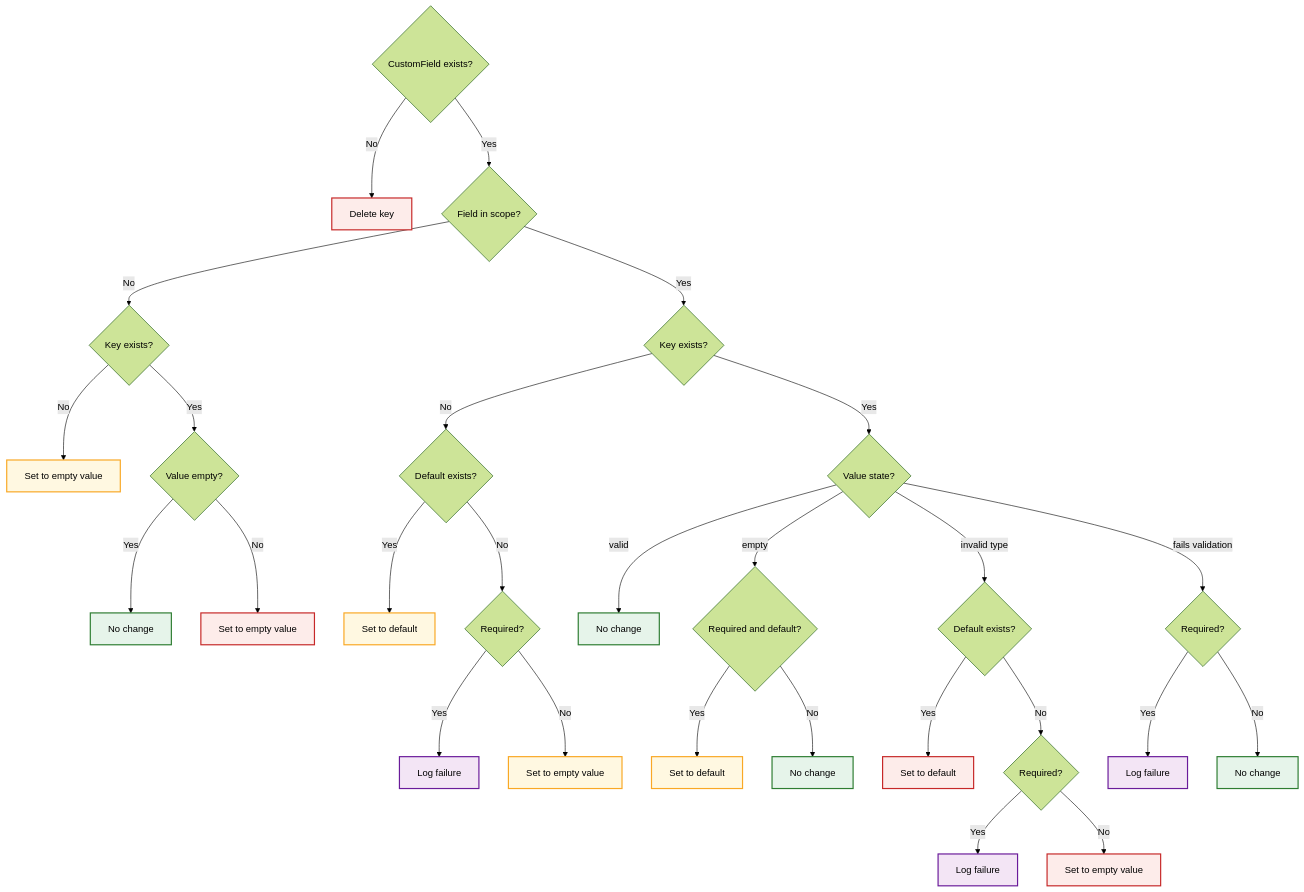
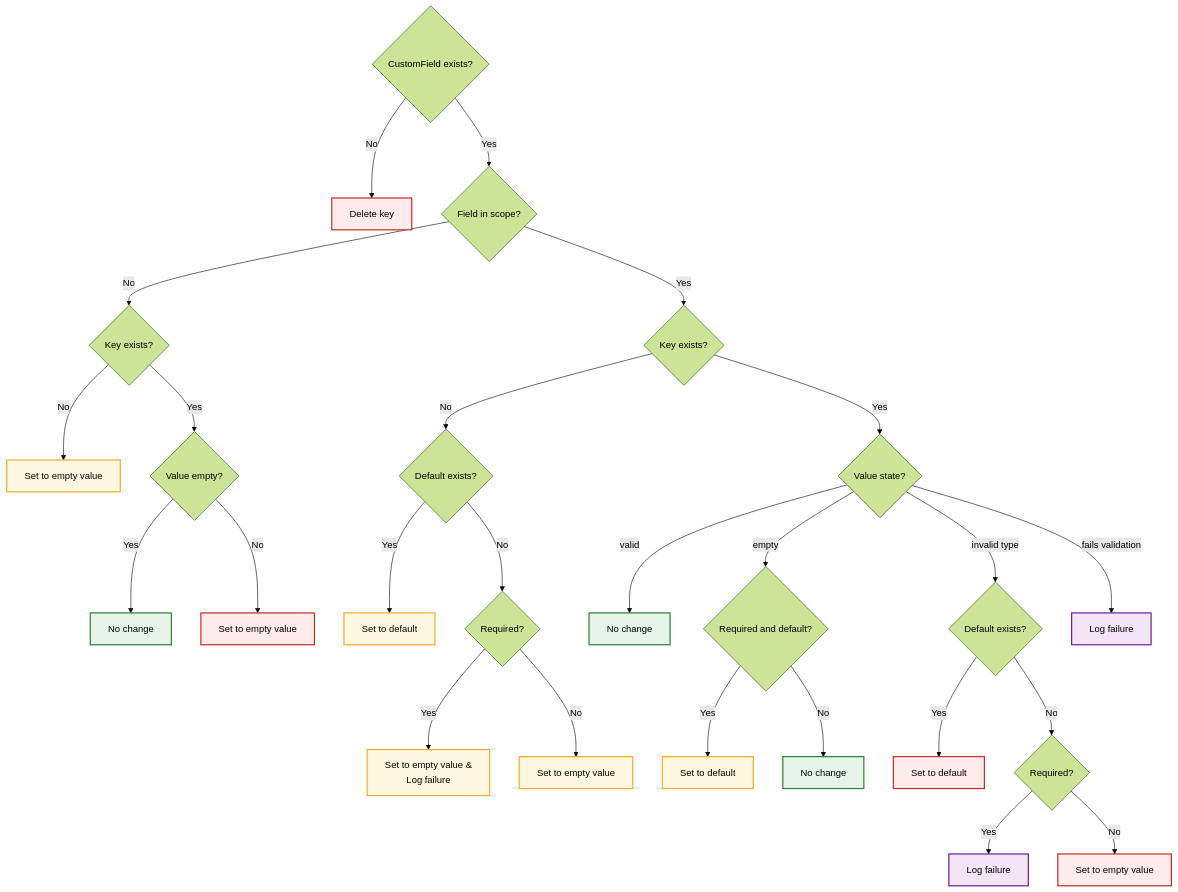
Before and after one commit to nautobot/nautobot: the first of 2 diagrams in nautobot/docs/user-guide/feature-guides/custom-fields-policy.md, drawn with Mermaid (forest theme). The commit also changed other lines of this file and 2 other files, not shown here.

Commit message:
update docs and minor cleanup

````diff
--- a/nautobot/docs/user-guide/feature-guides/custom-fields-policy.md
+++ b/nautobot/docs/user-guide/feature-guides/custom-fields-policy.md
@@ -26,61 +26,59 @@
 ```mermaid
 flowchart TD
     %% =====================
     %% MAIN FLOW
     %% =====================
 
-    B{CustomField exists?}
-    B -- No --> B1[Delete key]
-    B -- Yes --> C{Field in scope?}
+    cf_exists{CustomField exists?}
+    cf_exists -- No --> orphan_delete[Delete key]
+    cf_exists -- Yes --> in_scope{Field in scope?}
 
     %% OUT OF SCOPE BRANCH
-    C -- No --> C1{Key exists?}
-    C1 -- No --> C2[Set to empty value]
-    C1 -- Yes --> C3{Value empty?}
-    C3 -- Yes --> C4[No change]
-    C3 -- No --> C5[Set to empty value]
+    in_scope -- No --> oos_key_exists{Key exists?}
+    oos_key_exists -- No --> oos_provision[Set to empty value]
+    oos_key_exists -- Yes --> oos_value_empty{Value empty?}
+    oos_value_empty -- Yes --> oos_noop[No change]
+    oos_value_empty -- No --> oos_nullify[Set to empty value]
 
     %% IN SCOPE BRANCH
-    C -- Yes --> D{Key exists?}
+    in_scope -- Yes --> key_exists{Key exists?}
 
-    %% KEY MISSING (restructured)
-    D -- No --> F{Default exists?}
-    F -- Yes --> F1[Set to default]
-    F -- No --> E{Required?}
-    E -- Yes --> G2[Log failure]
-    E -- No --> F2[Set to empty value]
+    %% KEY MISSING
+    key_exists -- No --> missing_has_default{Default exists?}
+    missing_has_default -- Yes --> missing_set_default[Set to default]
+    missing_has_default -- No --> missing_required{Required?}
+    missing_required -- Yes --> missing_set_empty_and_log[Set to empty value &<br>Log failure]
+    missing_required -- No --> missing_set_empty[Set to empty value]
 
     %% KEY EXISTS
-    D -- Yes --> H{Value state?}
+    key_exists -- Yes --> value_state{Value state?}
 
-    H -- valid --> H1[No change]
+    value_state -- valid --> valid_noop[No change]
 
-    H -- empty --> I{Required and default?}
-    I -- Yes --> I1[Set to default]
-    I -- No --> I2[No change]
+    value_state -- empty --> empty_req_and_default{Required and default?}
+    empty_req_and_default -- Yes --> empty_set_default[Set to default]
+    empty_req_and_default -- No --> empty_noop[No change]
 
-    H -- invalid type --> J{Default exists?}
-    J -- Yes --> J1[Set to default]
-    J -- No --> J2{Required?}
-    J2 -- Yes --> J3[Log failure]
-    J2 -- No --> J4[Set to empty value]
+    value_state -- invalid type --> wrong_type_has_default{Default exists?}
+    wrong_type_has_default -- Yes --> wrong_type_set_default[Set to default]
+    wrong_type_has_default -- No --> wrong_type_required{Required?}
+    wrong_type_required -- Yes --> wrong_type_log_failure[Log failure]
+    wrong_type_required -- No --> wrong_type_set_empty[Set to empty value]
 
-    H -- fails validation --> K{Required?}
-    K -- Yes --> K1[Log failure]
-    K -- No --> K2[No change]
+    value_state -- fails validation --> invalid_log_failure[Log failure]
 
     %% =====================
     %% COLOR DEFINITIONS
     %% =====================
 
     classDef noop fill:#e6f4ea,stroke:#2e7d32,stroke-width:2px;
     classDef safe fill:#fff8e1,stroke:#f9a825,stroke-width:2px;
     classDef destructive fill:#fdecea,stroke:#c62828,stroke-width:2px;
     classDef log fill:#f3e5f5,stroke:#6a1b9a,stroke-width:2px;
 
     %% Apply styles to flow nodes
-    class C4,H1,I2,K2 noop;
-    class C2,F1,F2,I1 safe;
-    class B1,C5,J1,J4 destructive;
-    class G2,J3,K1 log;
+    class oos_noop,valid_noop,empty_noop noop;
+    class oos_provision,missing_set_default,missing_set_empty,missing_set_empty_and_log,empty_set_default safe;
+    class orphan_delete,oos_nullify,wrong_type_set_default,wrong_type_set_empty destructive;
+    class wrong_type_log_failure,invalid_log_failure log;
 ```
````
